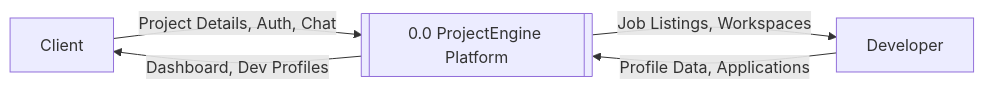
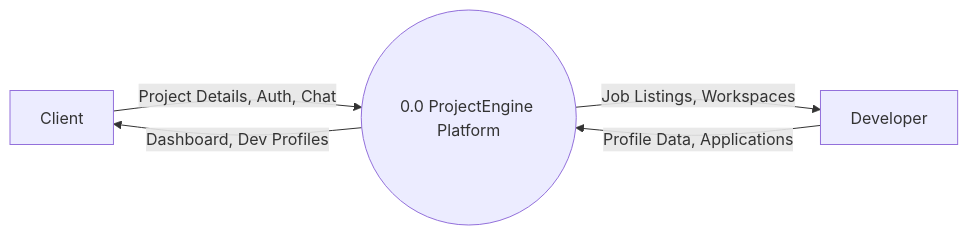
Before and after one commit to qhmed67/ReadmeTest: the second of 5 diagrams in README.md, drawn with Mermaid.

````diff
--- a/README.md
+++ b/README.md
@@ -99,12 +99,12 @@
 ```mermaid
 flowchart LR
     Client[Client]
     Dev[Developer]
-    Sys[[0.0 ProjectEngine Platform]]
+    Sys((0.0 ProjectEngine Platform))
 
     Client -- "Project Details, Auth, Chat" --> Sys
     Sys -- "Dashboard, Dev Profiles" --> Client
 
     Dev -- "Profile Data, Applications" --> Sys
     Sys -- "Job Listings, Workspaces" --> Dev
 ```
````
